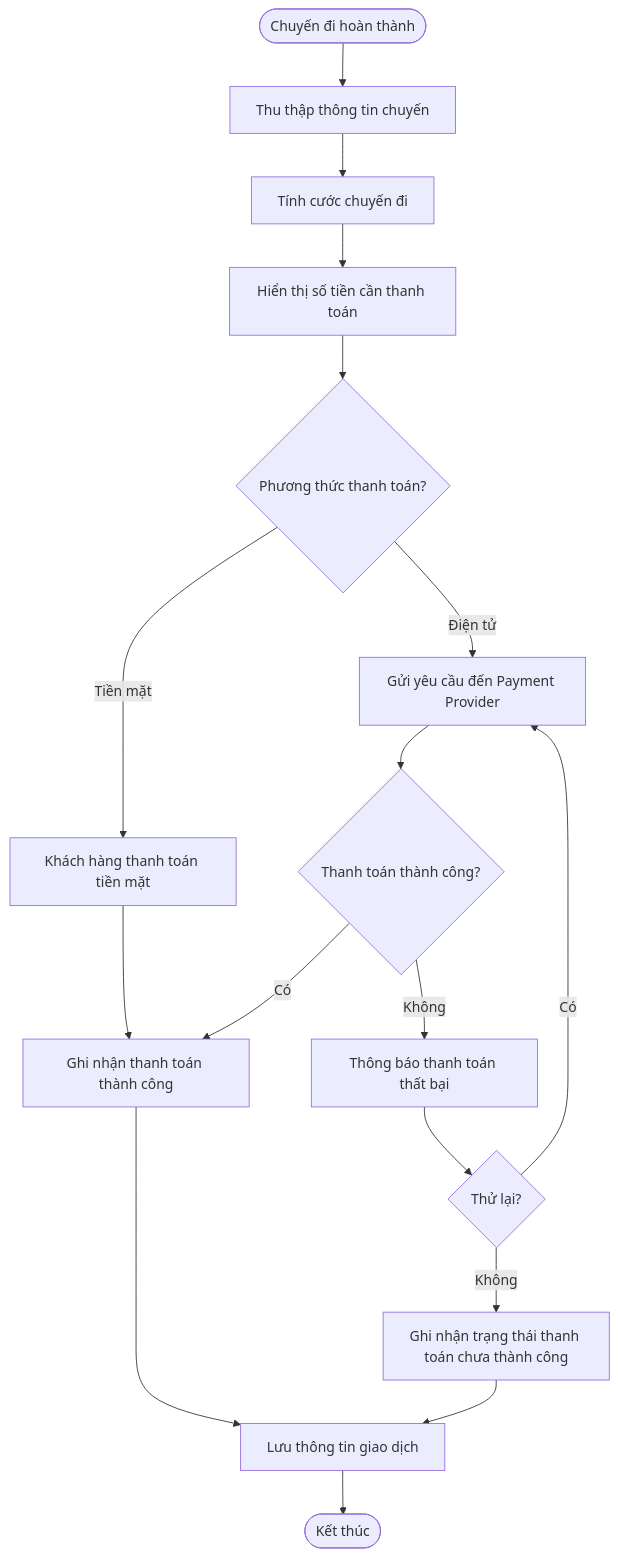
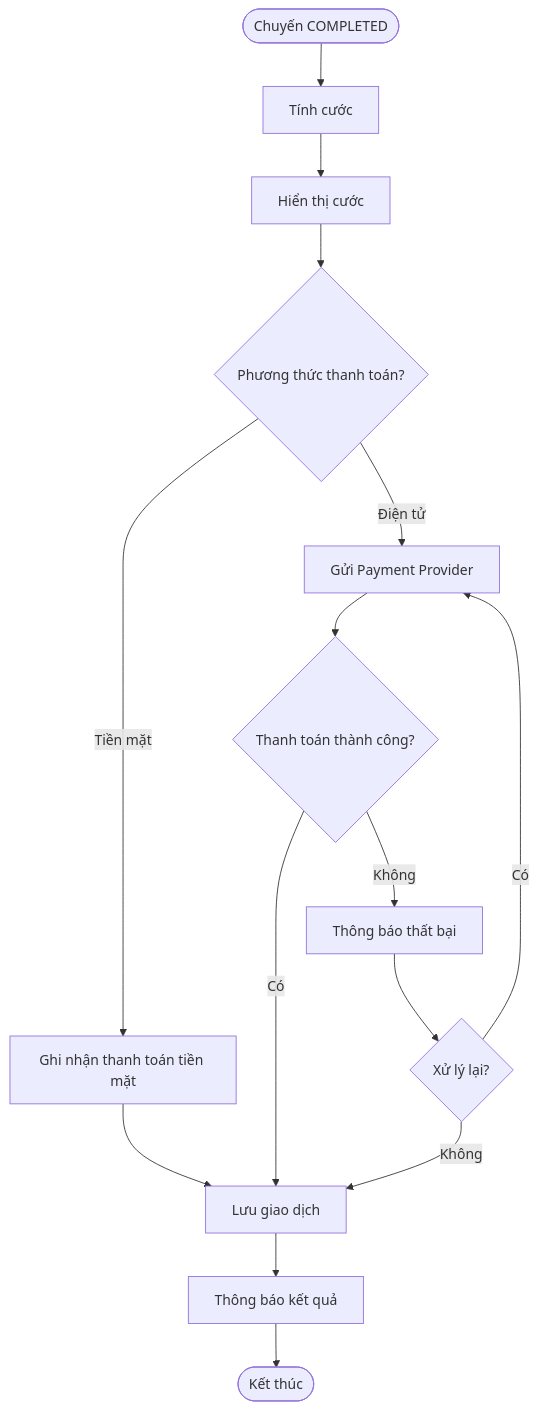
Diagram 14 of 28 in SRS.md (ntthuyvy0205-source/23662281_NguyenThiThuyVy_CABSYSTEM), drawn with Mermaid before and after one commit. The commit also changed other lines of this file, not shown here.

````diff
--- a/SRS.md
+++ b/SRS.md
@@ -502,25 +2021,20 @@
 ```mermaid
 flowchart TD
-    A([Chuyến đi hoàn thành]) --> B[Thu thập thông tin chuyến]
-    B --> C[Tính cước chuyến đi]
-    C --> D[Hiển thị số tiền cần thanh toán]
-    D --> E{Phương thức thanh toán?}
+    A([Chuyến COMPLETED]) --> B[Tính cước]
+    B --> C[Hiển thị cước]
+    C --> D{Phương thức thanh toán?}
 
-    E -- Tiền mặt --> F[Khách hàng thanh toán tiền mặt]
-    F --> G[Ghi nhận thanh toán thành công]
+    D -- Tiền mặt --> E[Ghi nhận thanh toán tiền mặt]
+    E --> K[Lưu giao dịch]
 
-    E -- Điện tử --> H[Gửi yêu cầu đến Payment Provider]
-    H --> I{Thanh toán thành công?}
+    D -- Điện tử --> F[Gửi Payment Provider]
+    F --> G{Thanh toán thành công?}
+    G -- Có --> K
+    G -- Không --> H[Thông báo thất bại]
+    H --> I{Xử lý lại?}
+    I -- Có --> F
+    I -- Không --> K
 
-    I -- Có --> G
-
-    I -- Không --> J[Thông báo thanh toán thất bại]
-    J --> K{Thử lại?}
-
-    K -- Có --> H
-    K -- Không --> L[Ghi nhận trạng thái thanh toán chưa thành công]
-
-    G --> M[Lưu thông tin giao dịch]
-    L --> M
-    M --> N([Kết thúc])
+    K --> L[Thông báo kết quả]
+    L --> M([Kết thúc])
 ```
````
